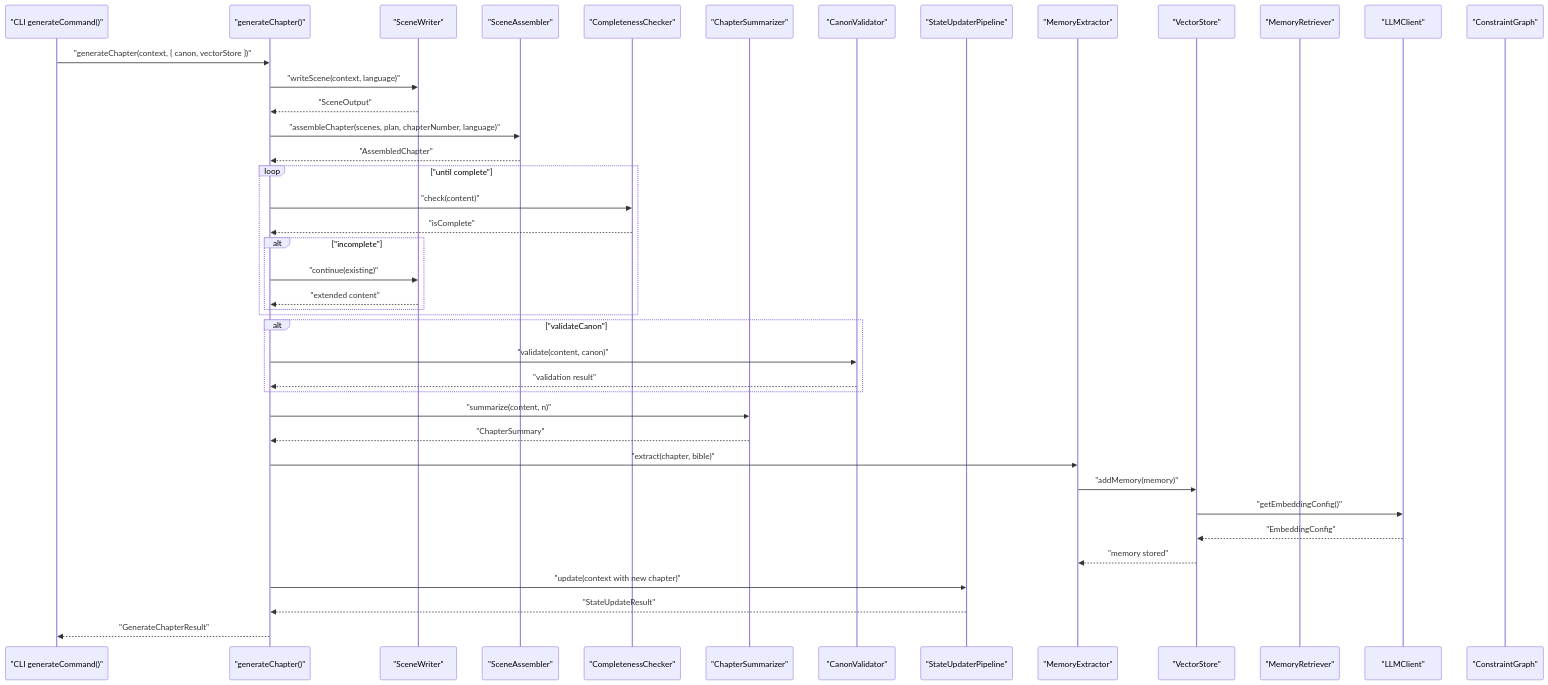
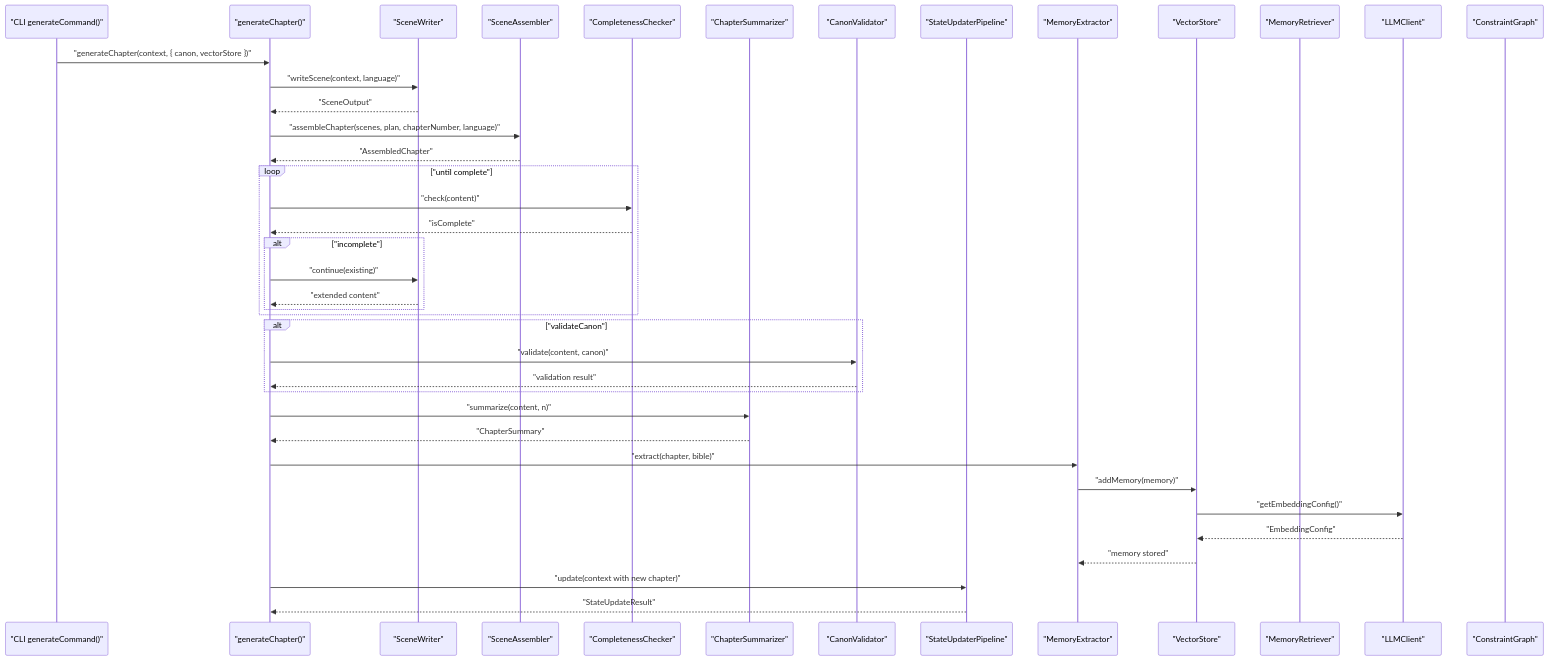
Before and after one commit to liwonder/NARRITIVE_OS: the second of 11 diagrams in .qoder/repowiki/en/content/Memory Management System/Memory Management System.md, drawn with Mermaid. The commit also changed other lines of this file and 17 other files, not shown here.

````diff
--- a/.qoder/repowiki/en/content/Memory Management System/Memory Management System.md
+++ b/.qoder/repowiki/en/content/Memory Management System/Memory Management System.md
@@ -204,43 +202,42 @@
 ```mermaid
 sequenceDiagram
 participant CLI as "CLI generateCommand()"
 participant Pipe as "generateChapter()"
 participant SW as "SceneWriter"
 participant SA as "SceneAssembler"
 participant Comp as "CompletenessChecker"
 participant Sum as "ChapterSummarizer"
 participant Val as "CanonValidator"
 participant StateUp as "StateUpdaterPipeline"
 participant ME as "MemoryExtractor"
 participant VS as "VectorStore"
 participant MR as "MemoryRetriever"
 participant LC as "LLMClient"
 participant CG as "ConstraintGraph"
 CLI->>Pipe : "generateChapter(context, { canon, vectorStore })"
 Pipe->>SW : "writeScene(context, language)"
 SW-->>Pipe : "SceneOutput"
 Pipe->>SA : "assembleChapter(scenes, plan, chapterNumber, language)"
 SA-->>Pipe : "AssembledChapter"
 loop "until complete"
 Pipe->>Comp : "check(content)"
 Comp-->>Pipe : "isComplete"
 alt "incomplete"
 Pipe->>SW : "continue(existing)"
 SW-->>Pipe : "extended content"
 end
 end
 alt "validateCanon"
 Pipe->>Val : "validate(content, canon)"
 Val-->>Pipe : "validation result"
 end
 Pipe->>Sum : "summarize(content, n)"
 Sum-->>Pipe : "ChapterSummary"
 Pipe->>ME : "extract(chapter, bible)"
 ME->>VS : "addMemory(memory)"
 VS->>LC : "getEmbeddingConfig()"
 LC-->>VS : "EmbeddingConfig"
 VS-->>ME : "memory stored"
 Pipe->>StateUp : "update(context with new chapter)"
 StateUp-->>Pipe : "StateUpdateResult"
-Pipe-->>CLI : "GenerateChapterResult"
 ```
````
